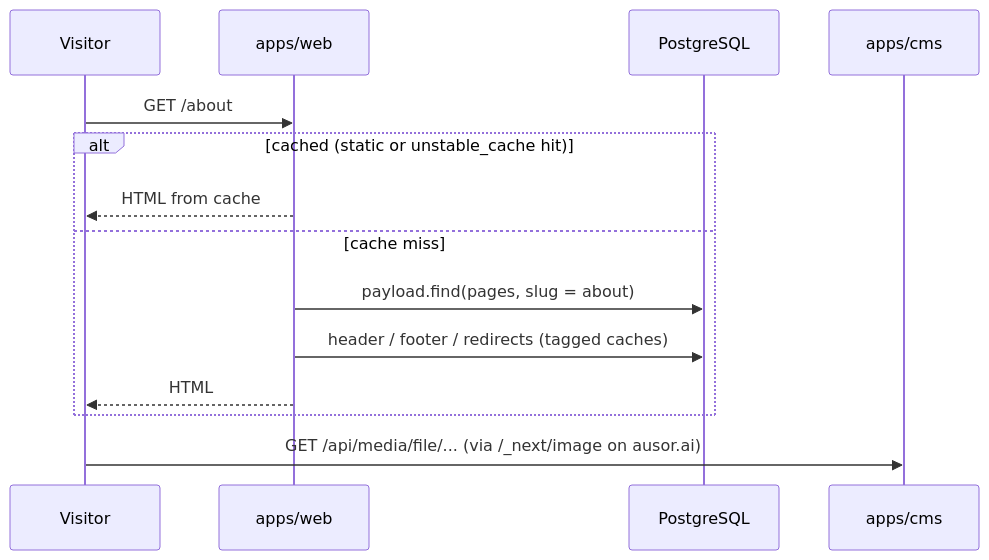
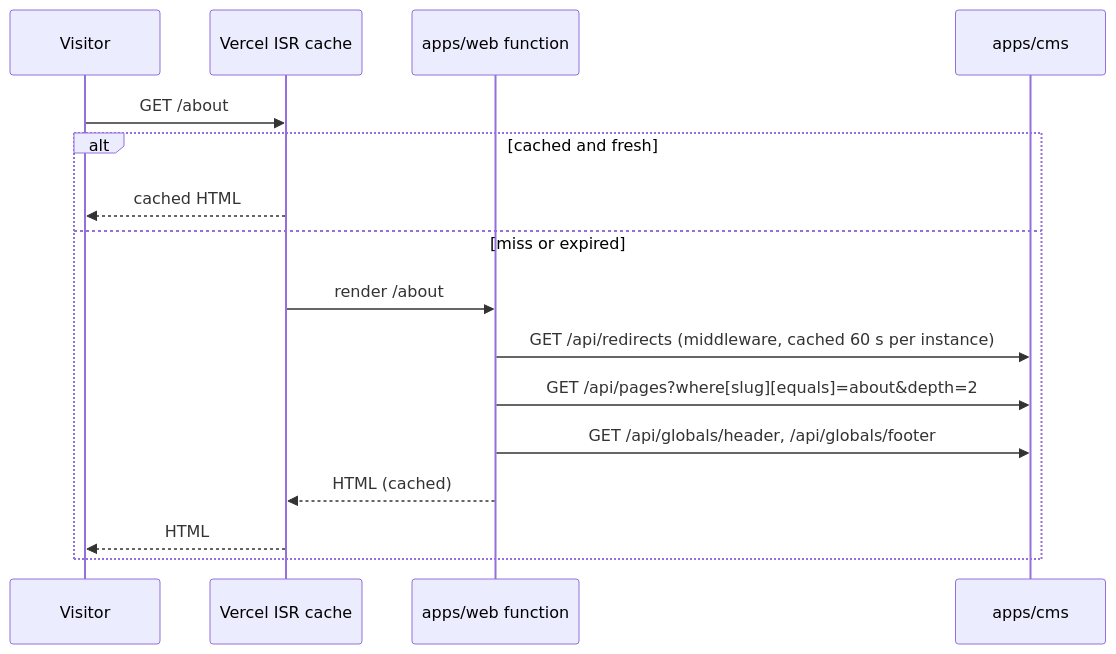
One commit to 0xCAFEBABEx0/zeus changed the second of 4 diagrams in docs/ARCHITECTURE.md. Above: the diagram before and after it, drawn with Mermaid. The commit also changed other lines of this file and 17 other files, not shown here.

````diff
--- a/docs/ARCHITECTURE.md
+++ b/docs/ARCHITECTURE.md
@@ -84,16 +88,18 @@
 ```mermaid
 sequenceDiagram
   participant V as Visitor
-  participant W as apps/web
-  participant DB as PostgreSQL
+  participant E as Vercel ISR cache
+  participant W as apps/web function
   participant C as apps/cms
-  V->>W: GET /about
-  alt cached (static or unstable_cache hit)
-    W-->>V: HTML from cache
-  else cache miss
-    W->>DB: payload.find(pages, slug = about)
-    W->>DB: header / footer / redirects (tagged caches)
-    W-->>V: HTML
+  V->>E: GET /about
+  alt cached and fresh
+    E-->>V: cached HTML
+  else miss or expired
+    E->>W: render /about
+    W->>C: GET /api/redirects (middleware, cached 60 s per instance)
+    W->>C: GET /api/pages?where[slug][equals]=about&depth=2
+    W->>C: GET /api/globals/header, /api/globals/footer
+    W-->>E: HTML (cached)
+    E-->>V: HTML
   end
-  V->>C: GET /api/media/file/... (via /_next/image on ausor.ai)
 ```
````
